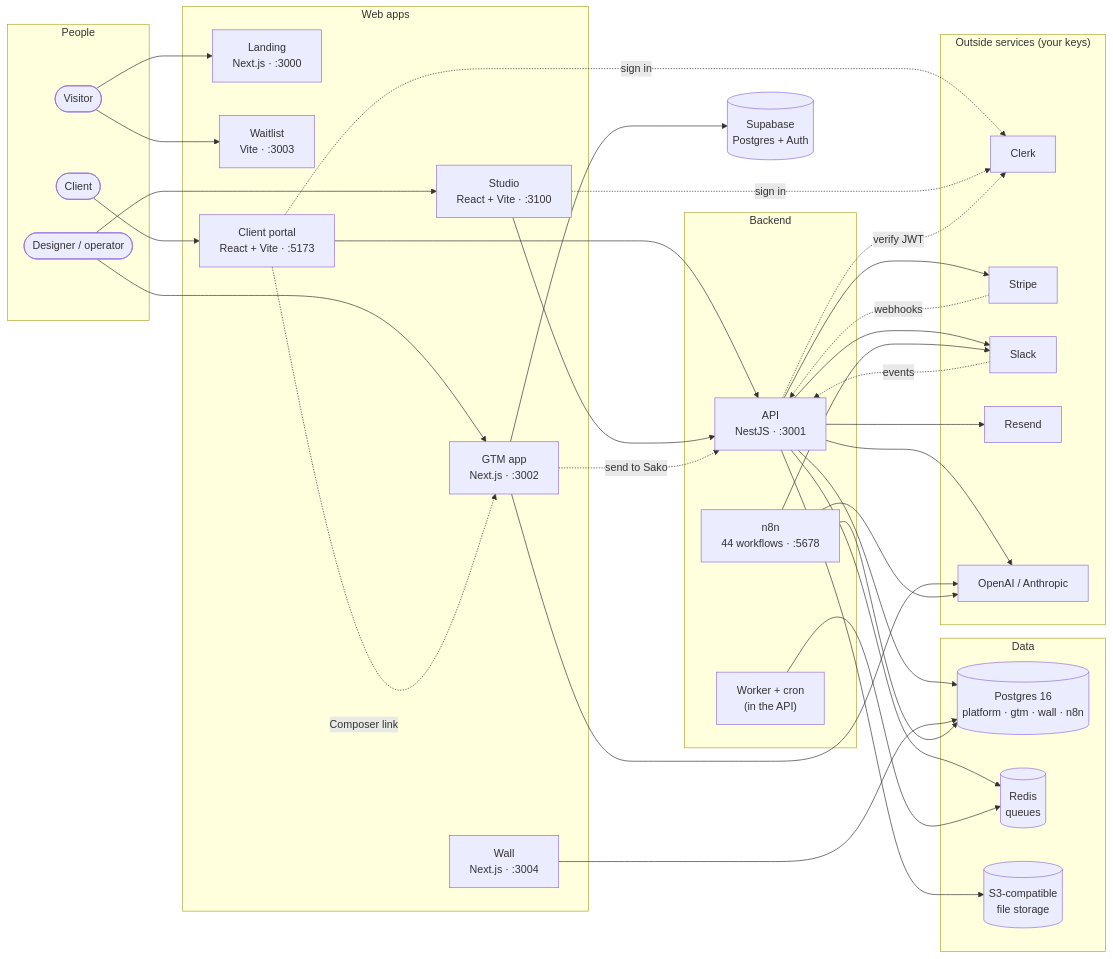
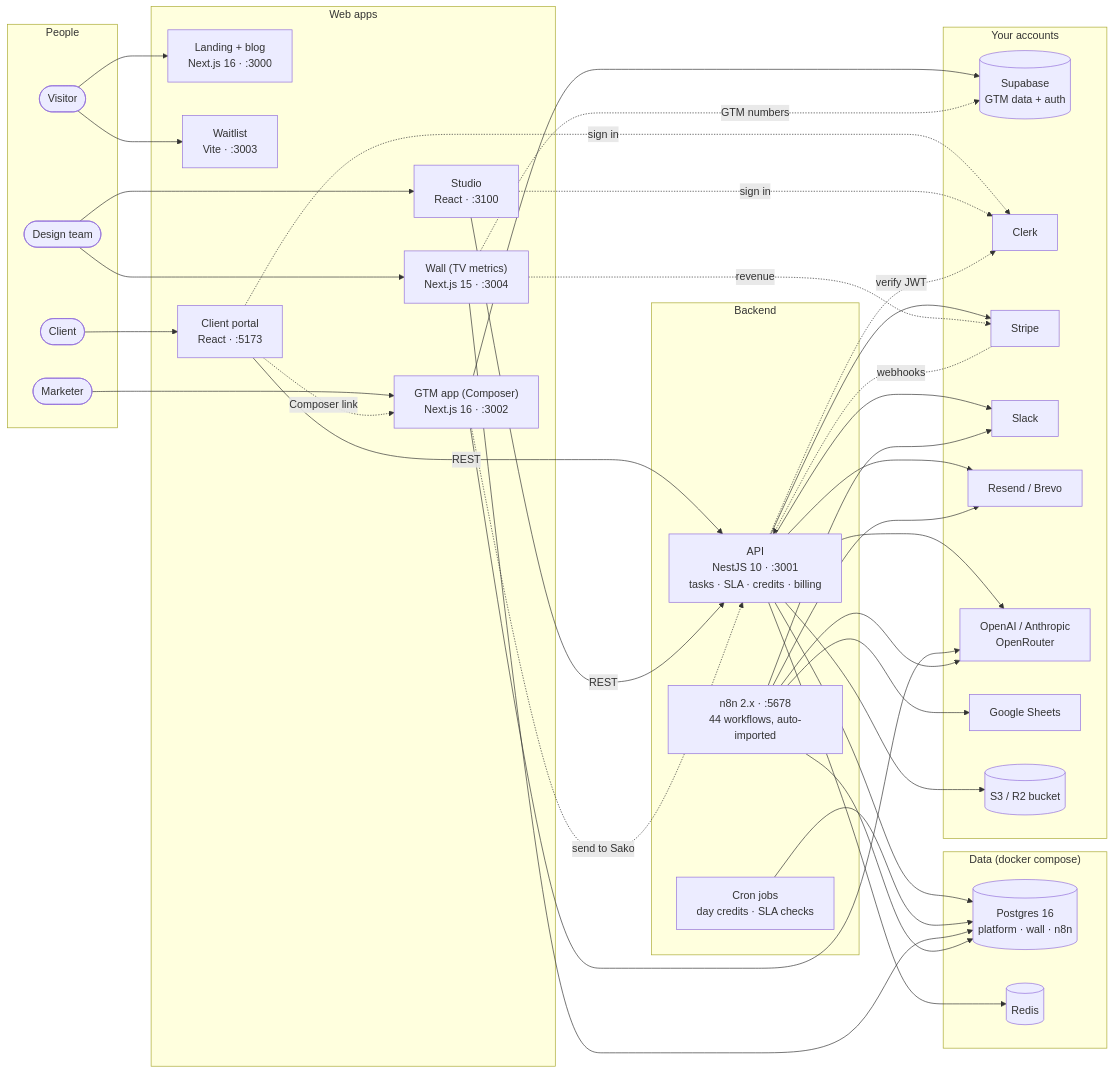
One commit to wicolian/sako changed the first of 4 diagrams in README.md. Above: the diagram before and after it, drawn with Mermaid. The commit also changed other lines of this file and 39 other files, not shown here.

````diff
--- a/README.md
+++ b/README.md
@@ -344,57 +350,66 @@
 ```mermaid
 flowchart LR
     subgraph People
         V([Visitor])
         C([Client])
-        D([Designer / operator])
+        D([Design team])
+        M([Marketer])
     end
 
-    subgraph Web["Web apps"]
-        L["Landing<br/>Next.js · :3000"]
+    subgraph Edge["Web apps"]
+        L["Landing + blog<br/>Next.js 16 · :3000"]
         W["Waitlist<br/>Vite · :3003"]
-        CP["Client portal<br/>React + Vite · :5173"]
-        ST["Studio<br/>React + Vite · :3100"]
-        G["GTM app<br/>Next.js · :3002"]
-        WL["Wall<br/>Next.js · :3004"]
+        CP["Client portal<br/>React · :5173"]
+        ST["Studio<br/>React · :3100"]
+        G["GTM app (Composer)<br/>Next.js 16 · :3002"]
+        WL["Wall (TV metrics)<br/>Next.js 15 · :3004"]
     end
 
     subgraph Core["Backend"]
-        API["API<br/>NestJS · :3001"]
-        WK["Worker + cron<br/>(in the API)"]
-        N8N["n8n<br/>44 workflows · :5678"]
+        API["API<br/>NestJS 10 · :3001<br/>tasks · SLA · credits · billing"]
+        CRON["Cron jobs<br/>day credits · SLA checks"]
+        N8N["n8n 2.x · :5678<br/>44 workflows, auto-imported"]
     end
 
-    subgraph Data
-        PG[("Postgres 16<br/>platform · gtm · wall · n8n")]
-        R[("Redis<br/>queues")]
-        S3[("S3-compatible<br/>file storage")]
+    subgraph Data["Data (docker compose)"]
+        PG[("Postgres 16<br/>platform · wall · n8n")]
+        R[("Redis")]
     end
 
-    subgraph SaaS["Outside services (your keys)"]
+    subgraph Yours["Your accounts"]
+        SB[("Supabase<br/>GTM data + auth")]
         CL[Clerk]
         SP[Stripe]
         SL[Slack]
-        RS[Resend]
-        AI[OpenAI / Anthropic]
+        EM[Resend / Brevo]
+        AI[OpenAI / Anthropic<br/>OpenRouter]
+        GS[Google Sheets]
+        S3[(S3 / R2 bucket)]
     end
 
     V --> L & W
     C --> CP
     D --> ST
-    D --> G
-    CP & ST --> API
+    M --> G
+    D --> WL
+
+    CP & ST -- REST --> API
     CP & ST -. sign in .-> CL
+    CP -. Composer link .-> G
+    G -. send to Sako .-> API
+
     API --> PG & R & S3
-    API --> SP & SL & RS & AI
+    API --> SL & EM & AI
     API -. verify JWT .-> CL
-    WK --> R
-    G --> SB[("Supabase<br/>Postgres + Auth")]
-    G --> AI
-    G -. send to Sako .-> API
-    CP -. Composer link .-> G
+    SP -. webhooks .-> API
+    API --> SP
+    CRON --> PG
+
+    G --> SB & AI
     WL --> PG
+    WL -. GTM numbers .-> SB
+    WL -. revenue .-> SP
+
     N8N --> PG
-    N8N --> SL & AI
-    SP -. webhooks .-> API
-    SL -. events .-> API
+    N8N --> GS & SL & EM & AI
 ```
````
